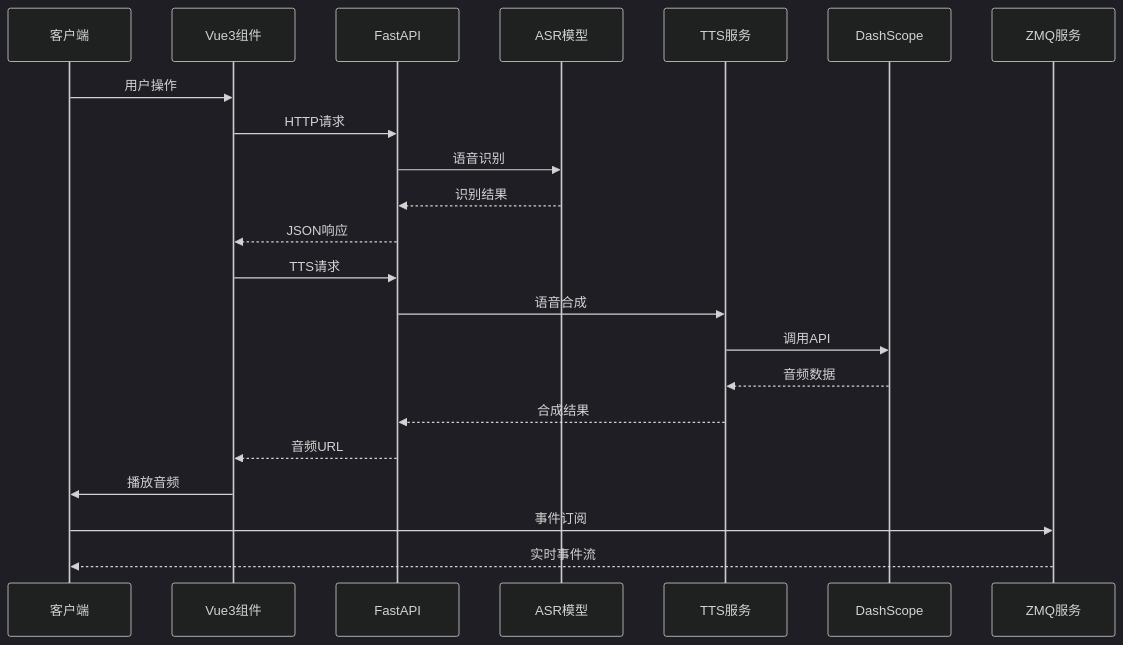
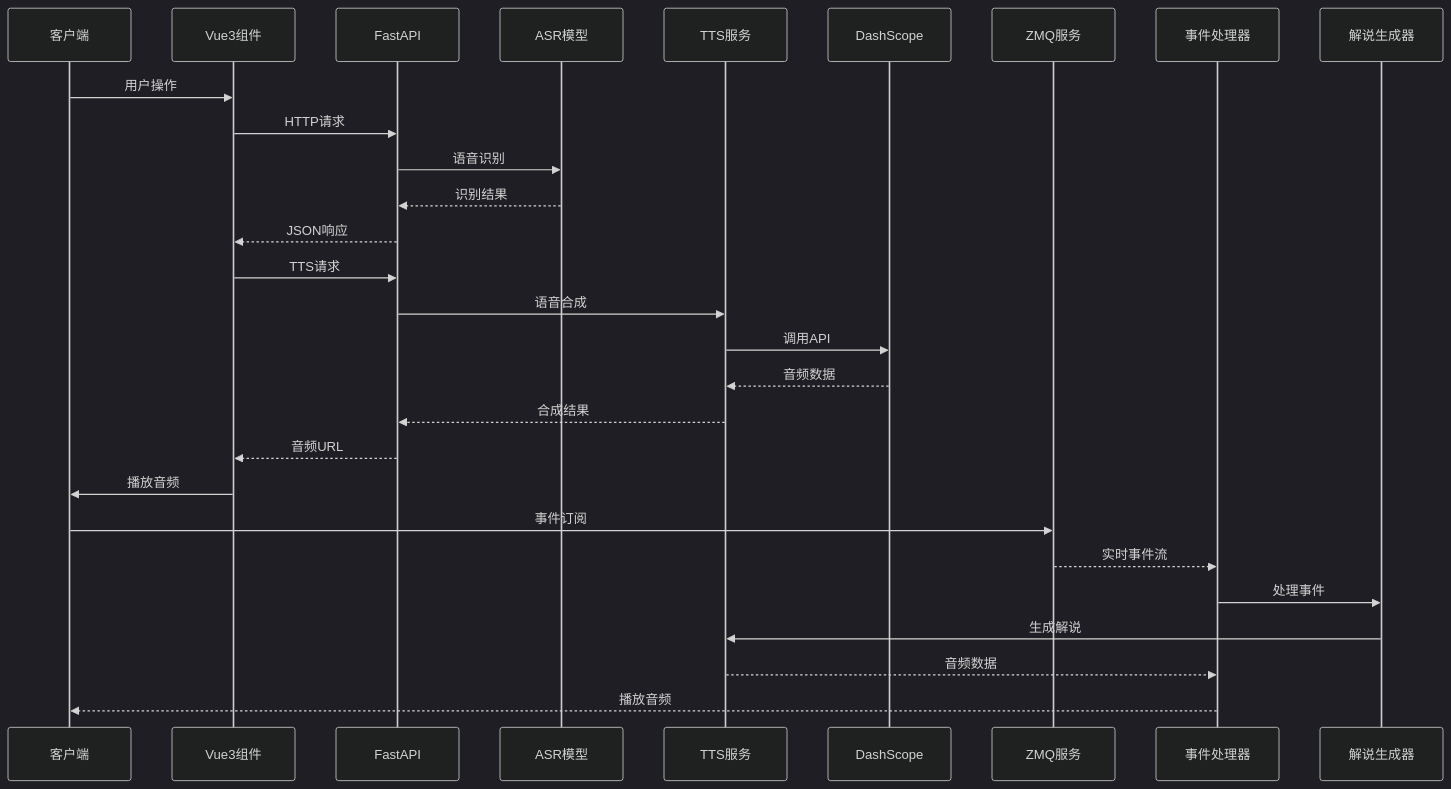
One commit to 1024dashen/Vue3Speech changed the sixth of 9 diagrams in .qoder/repowiki/zh/content/项目概述.md. Above: the diagram before and after it, drawn with Mermaid (dark theme). The commit also changed other lines of this file and 29 other files, not shown here.

````diff
--- a/.qoder/repowiki/zh/content/项目概述.md
+++ b/.qoder/repowiki/zh/content/项目概述.md
@@ -537,24 +591,30 @@
 ```mermaid
 sequenceDiagram
 participant Client as 客户端
 participant Vue as Vue3组件
 participant API as FastAPI
 participant ASR as ASR模型
 participant TTS as TTS服务
 participant DashScope as DashScope
 participant ZMQ as ZMQ服务
+participant EventProcessor as 事件处理器
+participant NarrationGen as 解说生成器
 Client->>Vue : 用户操作
 Vue->>API : HTTP请求
 API->>ASR : 语音识别
 ASR-->>API : 识别结果
 API-->>Vue : JSON响应
 Vue->>API : TTS请求
 API->>TTS : 语音合成
 TTS->>DashScope : 调用API
 DashScope-->>TTS : 音频数据
 TTS-->>API : 合成结果
 API-->>Vue : 音频URL
 Vue->>Client : 播放音频
 Client->>ZMQ : 事件订阅
-ZMQ-->>Client : 实时事件流
+ZMQ-->>EventProcessor : 实时事件流
+EventProcessor->>NarrationGen : 处理事件
+NarrationGen->>TTS : 生成解说
+TTS-->>EventProcessor : 音频数据
+EventProcessor-->>Client : 播放音频
 ```
````
